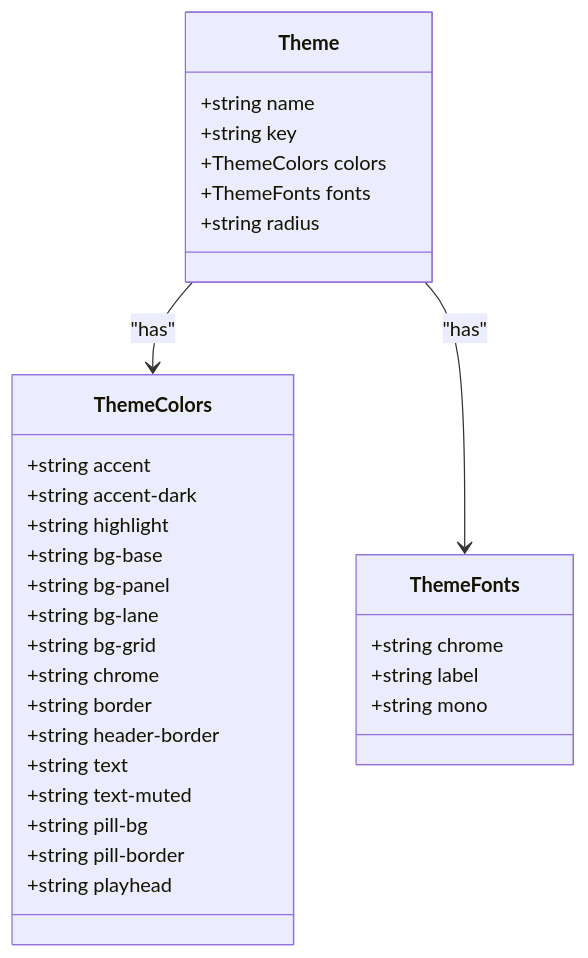
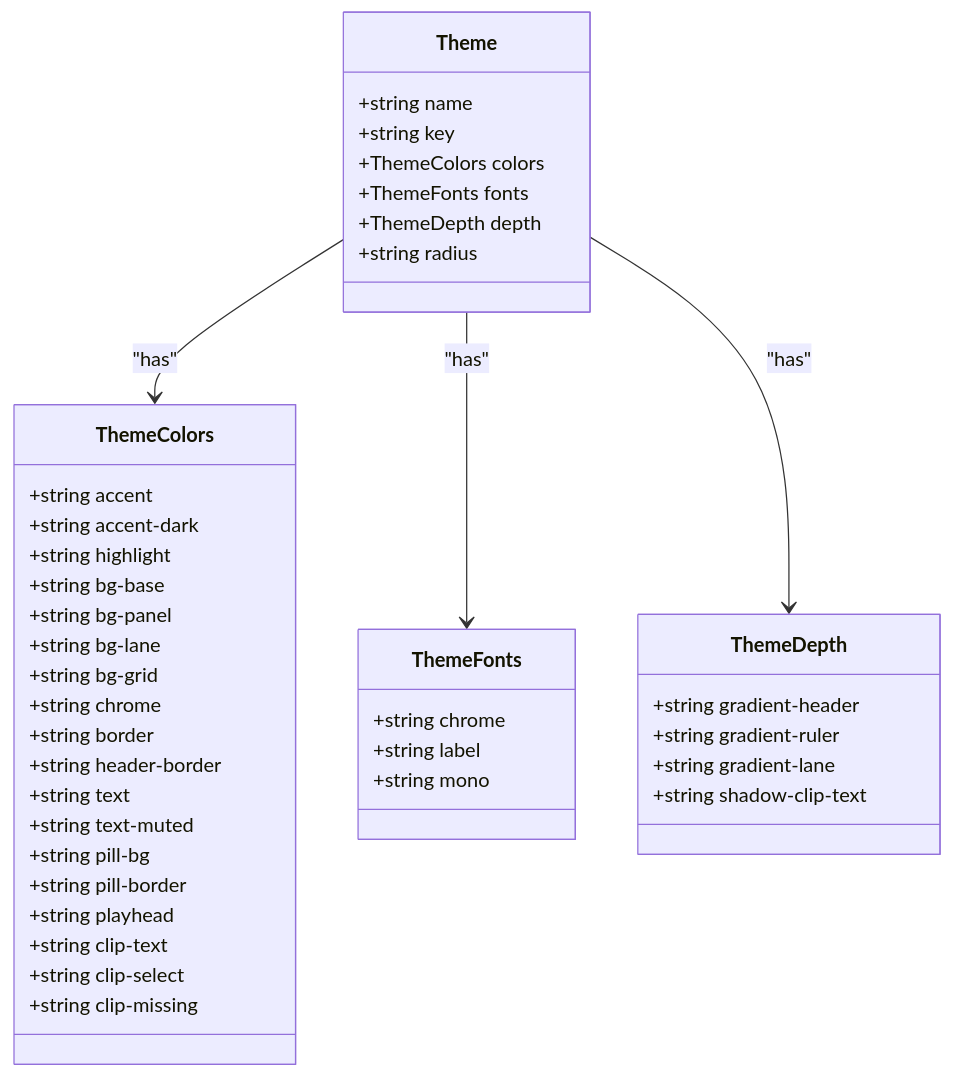
The third of 7 diagrams in .qoder/repowiki/en/content/Theming & UI System.md (satyrlord/mixjam-electron), drawn with Mermaid before and after one commit. The commit also changed other lines of this file and 2 other files, not shown here.

````diff
--- a/.qoder/repowiki/en/content/Theming & UI System.md
+++ b/.qoder/repowiki/en/content/Theming & UI System.md
@@ -140,34 +157,45 @@
 ```mermaid
 classDiagram
 class ThemeColors {
 +string accent
 +string accent-dark
 +string highlight
 +string bg-base
 +string bg-panel
 +string bg-lane
 +string bg-grid
 +string chrome
 +string border
 +string header-border
 +string text
 +string text-muted
 +string pill-bg
 +string pill-border
 +string playhead
++string clip-text
++string clip-select
++string clip-missing
 }
 class ThemeFonts {
 +string chrome
 +string label
 +string mono
 }
+class ThemeDepth {
++string gradient-header
++string gradient-ruler
++string gradient-lane
++string shadow-clip-text
+}
 class Theme {
 +string name
 +string key
 +ThemeColors colors
 +ThemeFonts fonts
++ThemeDepth depth
 +string radius
 }
 Theme --> ThemeColors : "has"
 Theme --> ThemeFonts : "has"
+Theme --> ThemeDepth : "has"
 ```
````
